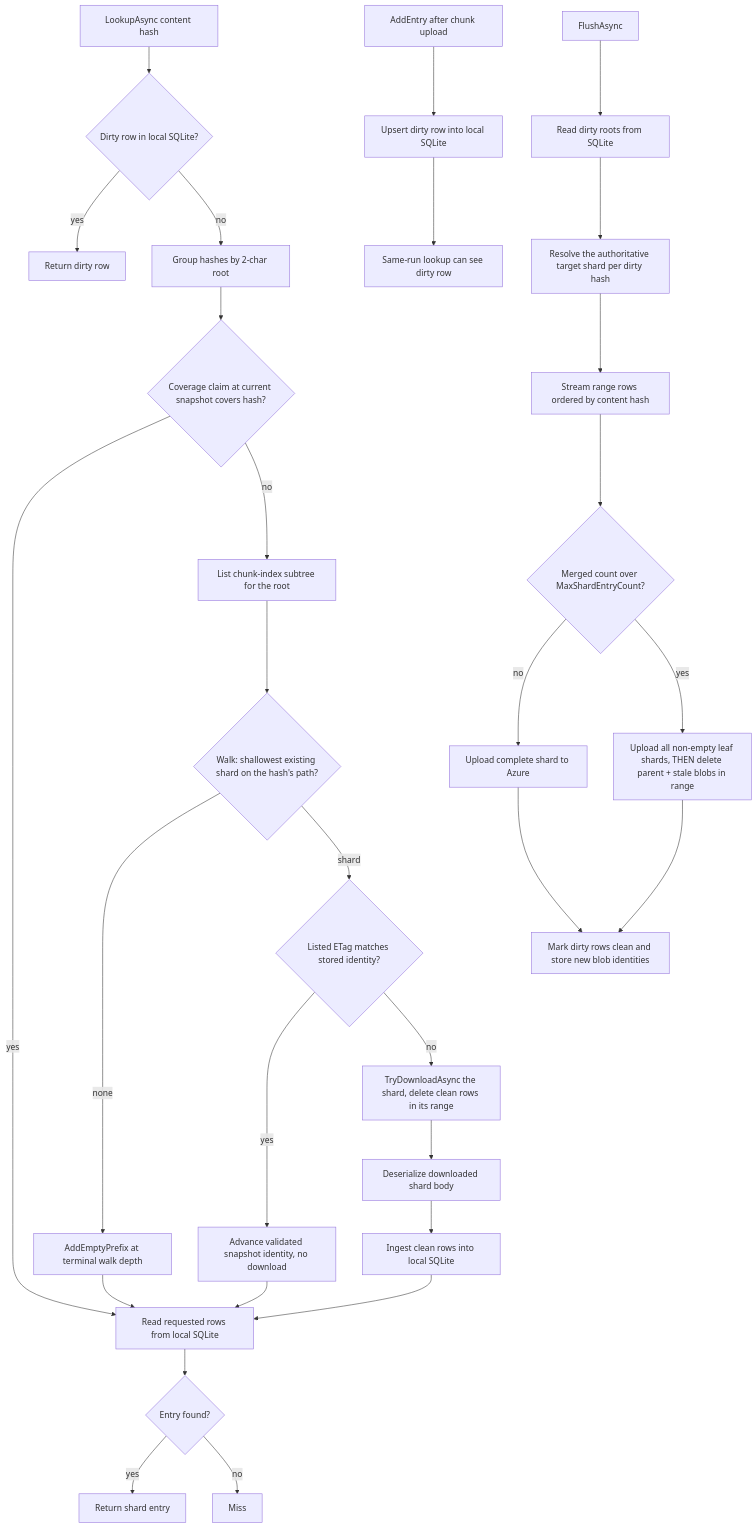
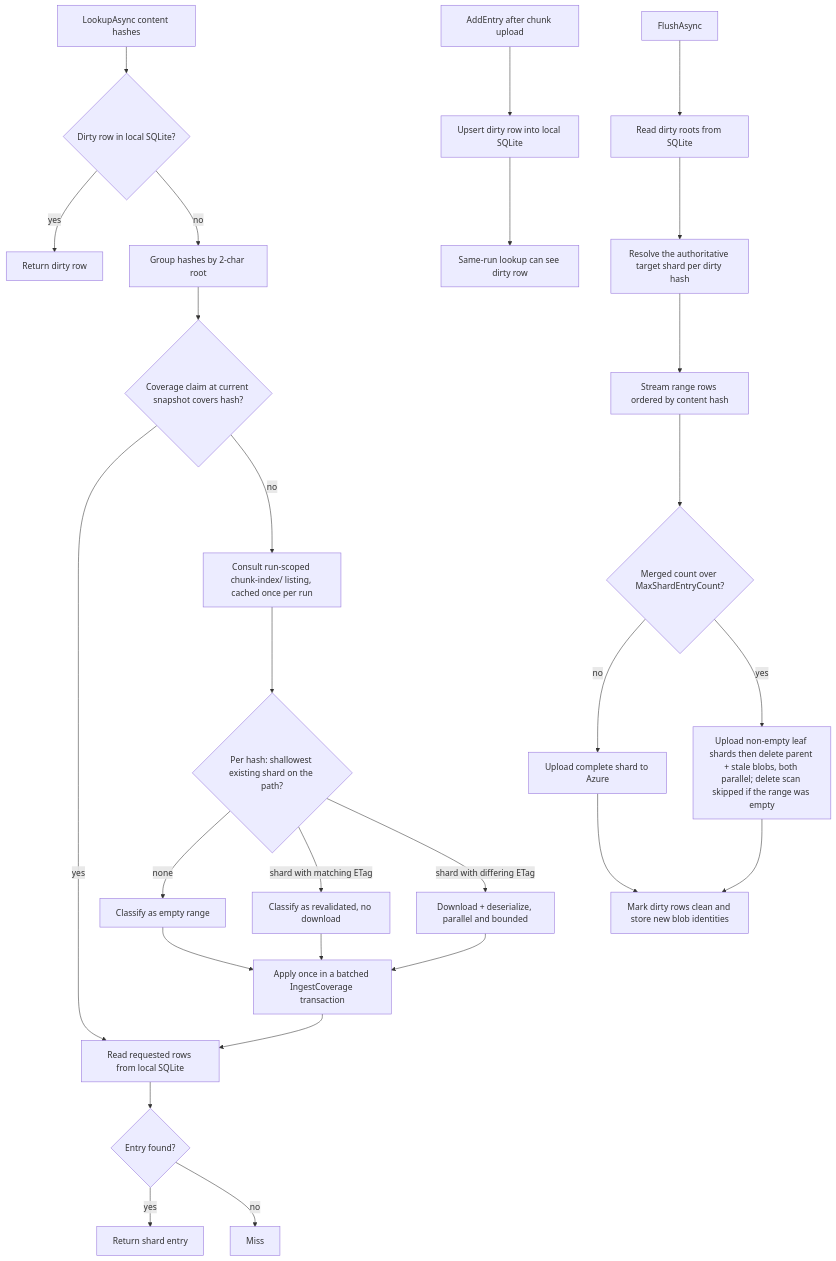
One commit to woutervanranst/Arius7 changed the diagram in docs/cache.md. Above: the diagram before and after it, drawn with Mermaid. The commit also changed other lines of this file, not shown here.

Commit message:
docs: refresh ChunkIndexService mermaid + fold MaxShardEntryCount note (#114)
The lookup/flush diagram and one prose line had drifted from the post-refactor code:
- mermaid lookup path now shows the run-scoped cached chunk-index/ listing, per-hash
  classify into empty / revalidated / parallel-download, and a single batched
  IngestCoverage transaction (was: per-root listing, AddEmptyPrefix, sequential
  per-shard download+ingest);
- flush split node notes the parallel leaf uploads/deletes and the empty-range
  delete-scan skip, plus a line on the 404-race re-list;
- "In-process write model" referenced the removed UpdatePrefix -> IngestCoverage;
- folded the informal "Motivation for MaxShardEntryCount" block into the formal
  paragraph (kept the ~15x incremental-write example) and fixed a dropped verb.

Docs only; no code change.

````diff
--- a/docs/cache.md
+++ b/docs/cache.md
@@ -157,33 +150,31 @@
 ```mermaid
 flowchart TD
-    A[LookupAsync content hash] --> B{Dirty row in local SQLite?}
+    A[LookupAsync content hashes] --> B{Dirty row in local SQLite?}
     B -->|yes| C[Return dirty row]
     B -->|no| D[Group hashes by 2-char root]
     D --> E{Coverage claim at current snapshot covers hash?}
     E -->|yes| F[Read requested rows from local SQLite]
-    E -->|no| G[List chunk-index subtree for the root]
-    G --> H{Walk: shallowest existing shard on the hash's path?}
-    H -->|none| H2[AddEmptyPrefix at terminal walk depth]
-    H2 --> F
-    H -->|shard| H3{Listed ETag matches stored identity?}
-    H3 -->|yes| I[Advance validated snapshot identity, no download]
-    I --> F
-    H3 -->|no| J[TryDownloadAsync the shard, delete clean rows in its range]
-    J --> K[Deserialize downloaded shard body]
-    K --> L[Ingest clean rows into local SQLite]
-    L --> F
+    E -->|no| G[Consult run-scoped chunk-index/ listing, cached once per run]
+    G --> H{Per hash: shallowest existing shard on the path?}
+    H -->|none| H2[Classify as empty range]
+    H -->|shard with matching ETag| H3[Classify as revalidated, no download]
+    H -->|shard with differing ETag| H4[Download + deserialize, parallel and bounded]
+    H2 --> Z[Apply once in a batched IngestCoverage transaction]
+    H3 --> Z
+    H4 --> Z
+    Z --> F
     F --> M{Entry found?}
     M -->|yes| N[Return shard entry]
     M -->|no| O[Miss]
 
     P[AddEntry after chunk upload] --> Q[Upsert dirty row into local SQLite]
     Q --> R[Same-run lookup can see dirty row]
     S[FlushAsync] --> T[Read dirty roots from SQLite]
     T --> U[Resolve the authoritative target shard per dirty hash]
     U --> V[Stream range rows ordered by content hash]
     V --> W{Merged count over MaxShardEntryCount?}
     W -->|no| W1[Upload complete shard to Azure]
-    W -->|yes| W2[Upload all non-empty leaf shards, THEN delete parent + stale blobs in range]
+    W -->|yes| W2[Upload non-empty leaf shards then delete parent + stale blobs, both parallel; delete scan skipped if the range was empty]
     W1 --> X[Mark dirty rows clean and store new blob identities]
     W2 --> X
 ```
````
